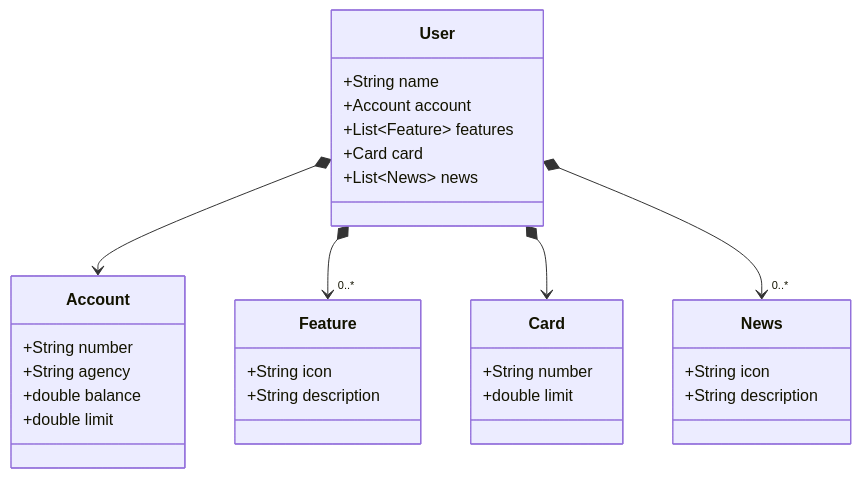
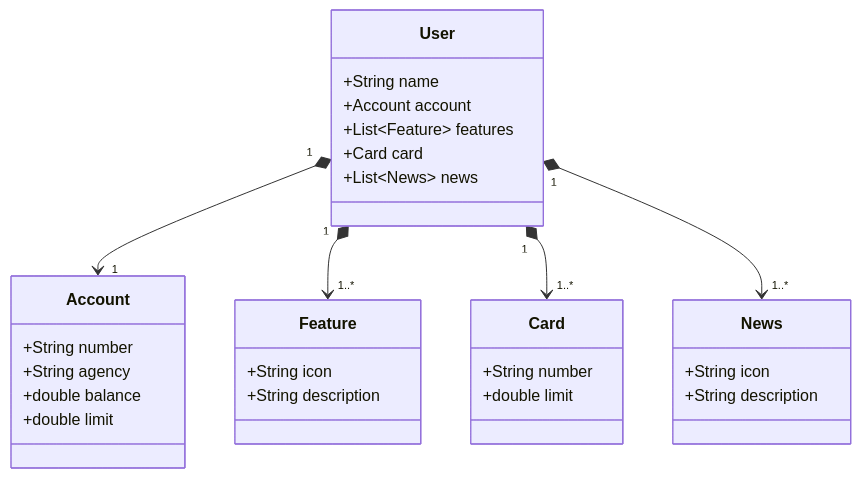
The diagram in README.md (fabiansmelo/projeto-api-decolatech), drawn with Mermaid before and after one commit.

````diff
--- a/README.md
+++ b/README.md
@@ -5,37 +5,37 @@
 ```mermaid
 classDiagram
     class User {
         +String name
         +Account account
         +List~Feature~ features
         +Card card
         +List~News~ news
     }
 
     class Account {
         +String number
         +String agency
         +double balance
         +double limit
     }
 
     class Feature {
         +String icon
         +String description
     }
 
     class Card {
         +String number
         +double limit
     }
 
     class News {
         +String icon
         +String description
     }
 
-    User *--> Account
-    User *--> "0..*" Feature
-    User *--> Card
-    User *--> "0..*" News
+    User "1" *--> "1" Account
+    User "1" *--> "1..*" Feature
+    User "1" *--> "1..*" Card
+    User "1" *--> "1..*" News
 ```
````
